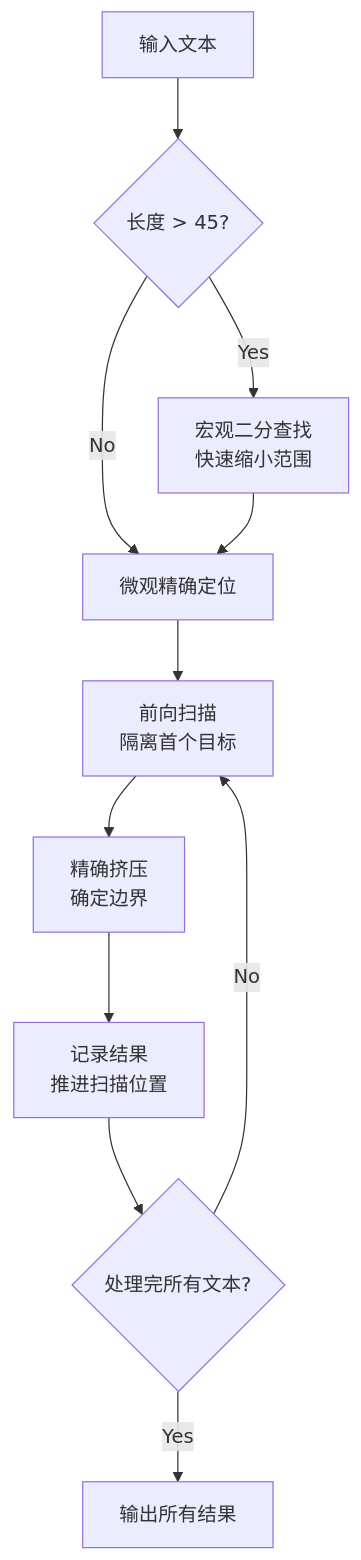
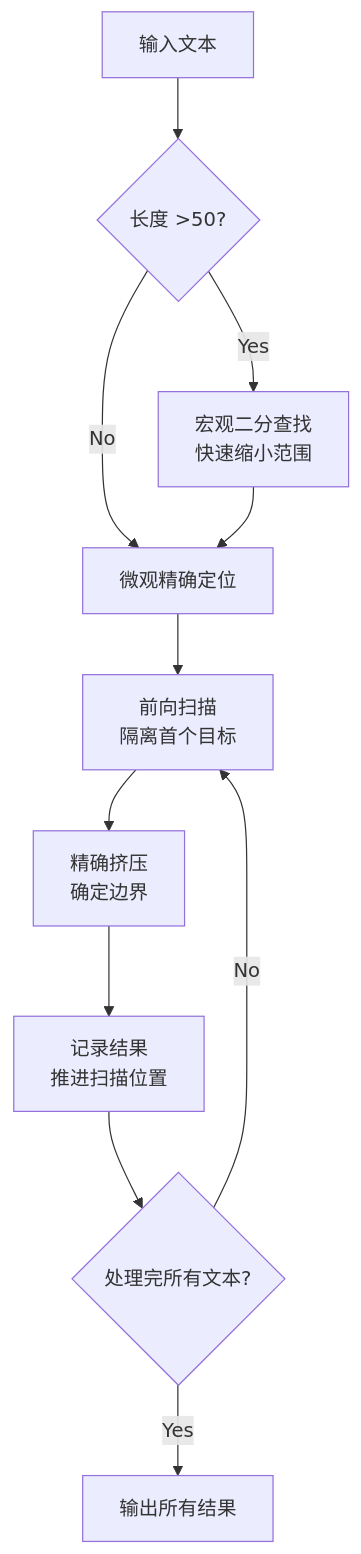
One commit to Ashik245-commits/LLM-Filter-Probe changed the diagram in README.md. Above: the diagram before and after it, drawn with Mermaid. The commit also changed other lines of this file and 6 other files, not shown here.

````diff
--- a/README.md
+++ b/README.md
@@ -88,13 +88,13 @@
 ```mermaid
 graph TD
-    A[输入文本] --> B{长度 > 45?};
+    A[输入文本] --> B{长度 >50?};
     B -- Yes --> C[宏观二分查找<br>快速缩小范围];
     B -- No --> D[微观精确定位];
     C --> D;
     D --> E[前向扫描<br>隔离首个目标];
     E --> F[精确挤压<br>确定边界];
     F --> G[记录结果<br>推进扫描位置];
     G --> H{处理完所有文本?};
     H -- No --> E;
     H -- Yes --> I[输出所有结果];
 ```
````
